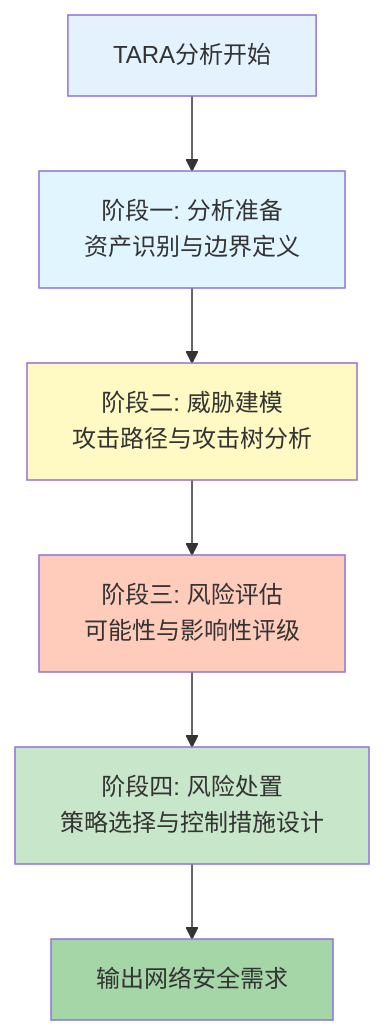
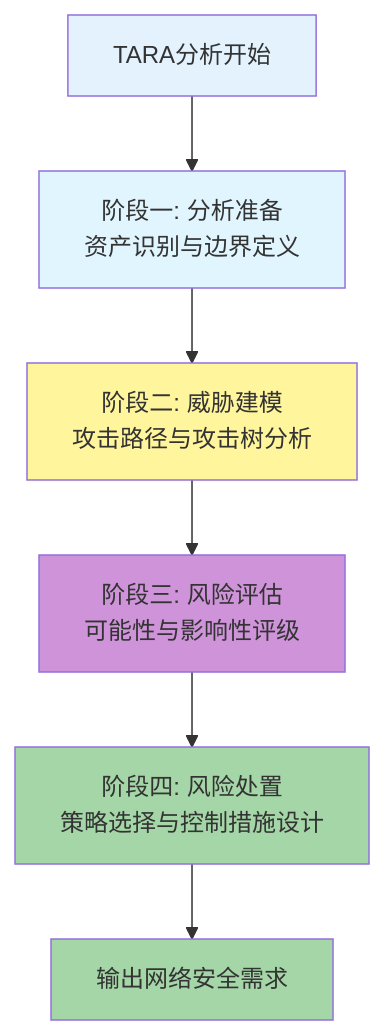
Before and after one commit to s-ai-unix/blog: the first of 2 diagrams in content/posts/2026-01-16-tara-analysis.md, drawn with Mermaid. The commit also changed other lines of this file and 3 other files, not shown here.

````diff
--- a/content/posts/2026-01-16-tara-analysis.md
+++ b/content/posts/2026-01-16-tara-analysis.md
@@ -44,15 +44,15 @@
 ```mermaid
 flowchart TD
     Start[TARA分析开始] --> P1[阶段一: 分析准备<br>资产识别与边界定义]
     P1 --> P2[阶段二: 威胁建模<br>攻击路径与攻击树分析]
     P2 --> P3[阶段三: 风险评估<br>可能性与影响性评级]
     P3 --> P4[阶段四: 风险处置<br>策略选择与控制措施设计]
     P4 --> End[输出网络安全需求]
 
     style Start fill:#e3f2fd
     style P1 fill:#e1f5fe
-    style P2 fill:#fff9c4
-    style P3 fill:#ffccbc
-    style P4 fill:#c8e6c9
+    style P2 fill:#fff59d
+    style P3 fill:#ce93d8
+    style P4 fill:#a5d6a7
     style End fill:#a5d6a7
 ```
````
